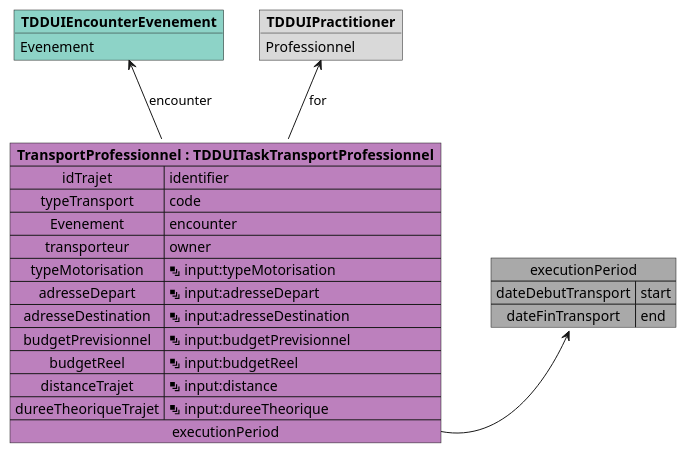
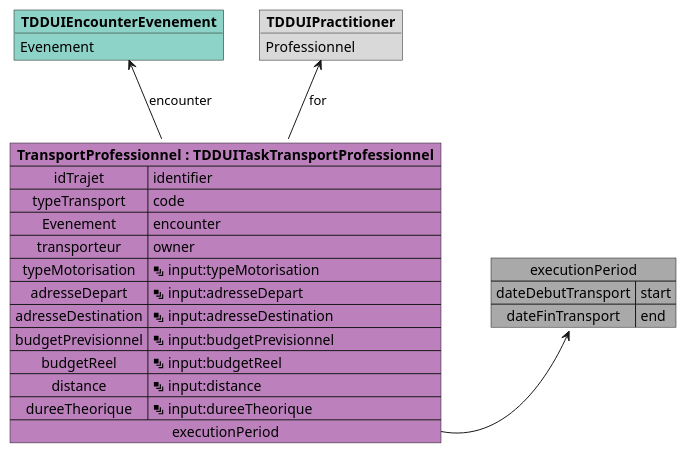
One commit to ansforge/IG-fhir-medicosocial-transfert-donnees-dui changed the diagram in input/images-source/mapping_TDDUITaskTransportProfessionnel.plantuml. Above: the diagram before and after it, drawn with PlantUML. The commit also changed 2 other files, not shown here.

```diff
--- a/input/images-source/mapping_TDDUITaskTransportProfessionnel.plantuml
+++ b/input/images-source/mapping_TDDUITaskTransportProfessionnel.plantuml
@@ -1,34 +1,34 @@
 @startuml
 
 map "executionPeriod" as executionPeriod #DarkGray {
     dateDebutTransport => start
     dateFinTransport => end
 }
 
 object "**TDDUIEncounterEvenement**" as TDDUIEncounterEvenement #8dd3c7 {
     Evenement
 }
 
 object "**TDDUIPractitioner**" as TDDUIPractitioner #d9d9d9 {
     Professionnel
 }
 
 map "**TransportProfessionnel : TDDUITaskTransportProfessionnel**" as TransportProfessionnel #bc80bd {
     idTrajet => identifier
     typeTransport => code
     Evenement => encounter
     transporteur => owner
     typeMotorisation => <&layers> input:typeMotorisation
     adresseDepart => <&layers> input:adresseDepart
     adresseDestination => <&layers> input:adresseDestination
     budgetPrevisionnel => <&layers> input:budgetPrevisionnel
     budgetReel => <&layers> input:budgetReel
-    distanceTrajet => <&layers> input:distance
-    dureeTheoriqueTrajet => <&layers> input:dureeTheorique
+    distance => <&layers> input:distance
+    dureeTheorique => <&layers> input:dureeTheorique
     executionPeriod *-> executionPeriod
 }
 
 TransportProfessionnel -u-> TDDUIPractitioner : for
 TransportProfessionnel -u-> TDDUIEncounterEvenement : encounter
 
 @enduml
```
